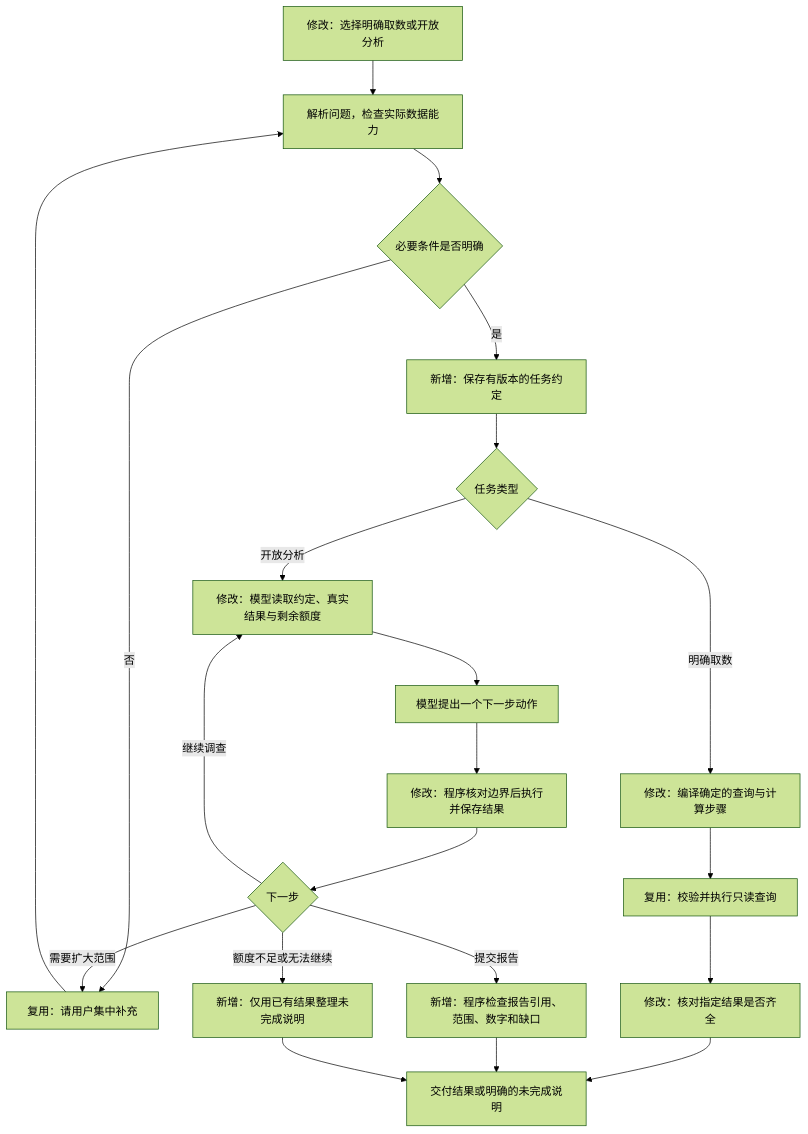
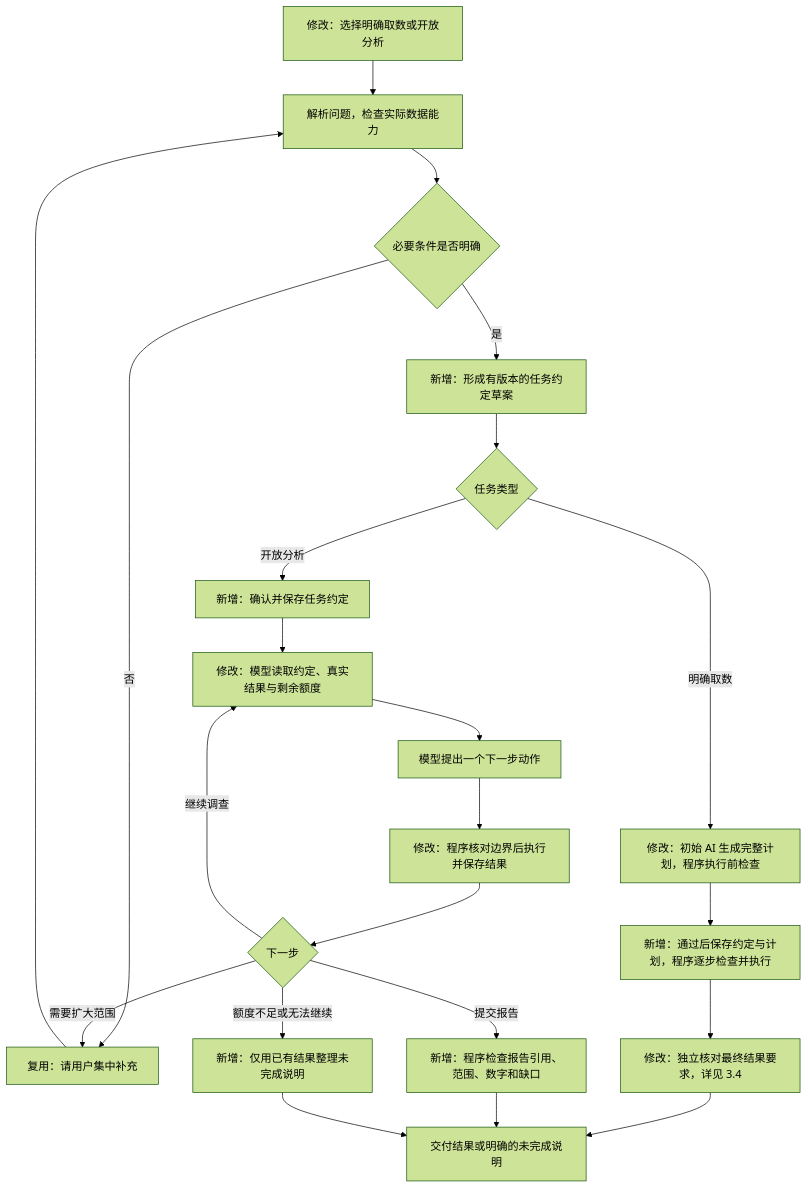
The second of 5 diagrams in docs/open-exploration-technical-design.md (zjqylhy/nl2sql_agent), drawn with Mermaid (forest theme) before and after one commit. The commit also changed other lines of this file, not shown here.

````diff
--- a/docs/open-exploration-technical-design.md
+++ b/docs/open-exploration-technical-design.md
@@ -54,23 +59,24 @@
 ```mermaid
 flowchart TD
   N1[修改：选择明确取数或开放分析] --> N2[解析问题，检查实际数据能力]
   N2 --> N3{必要条件是否明确}
   N3 -->|否| N4[复用：请用户集中补充]
   N4 --> N2
-  N3 -->|是| N5[新增：保存有版本的任务约定]
+  N3 -->|是| N5[新增：形成有版本的任务约定草案]
   N5 --> N6{任务类型}
-  N6 -->|明确取数| Q1[修改：编译确定的查询与计算步骤]
-  Q1 --> Q2[复用：校验并执行只读查询]
-  Q2 --> Q3[修改：核对指定结果是否齐全]
+  N6 -->|明确取数| Q1[修改：初始 AI 生成完整计划，程序执行前检查]
+  Q1 --> Q2[新增：通过后保存约定与计划，程序逐步检查并执行]
+  Q2 --> Q3[修改：独立核对最终结果要求，详见 3.4]
   Q3 --> D[交付结果或明确的未完成说明]
-  N6 -->|开放分析| A1[修改：模型读取约定、真实结果与剩余额度]
+  N6 -->|开放分析| A0[新增：确认并保存任务约定]
+  A0 --> A1[修改：模型读取约定、真实结果与剩余额度]
   A1 --> A2[模型提出一个下一步动作]
   A2 --> A3[修改：程序核对边界后执行并保存结果]
   A3 --> A4{下一步}
   A4 -->|继续调查| A1
   A4 -->|需要扩大范围| N4
   A4 -->|提交报告| A5[新增：程序检查报告引用、范围、数字和缺口]
   A4 -->|额度不足或无法继续| A6[新增：仅用已有结果整理未完成说明]
   A5 --> D
   A6 --> D
 ```
````
